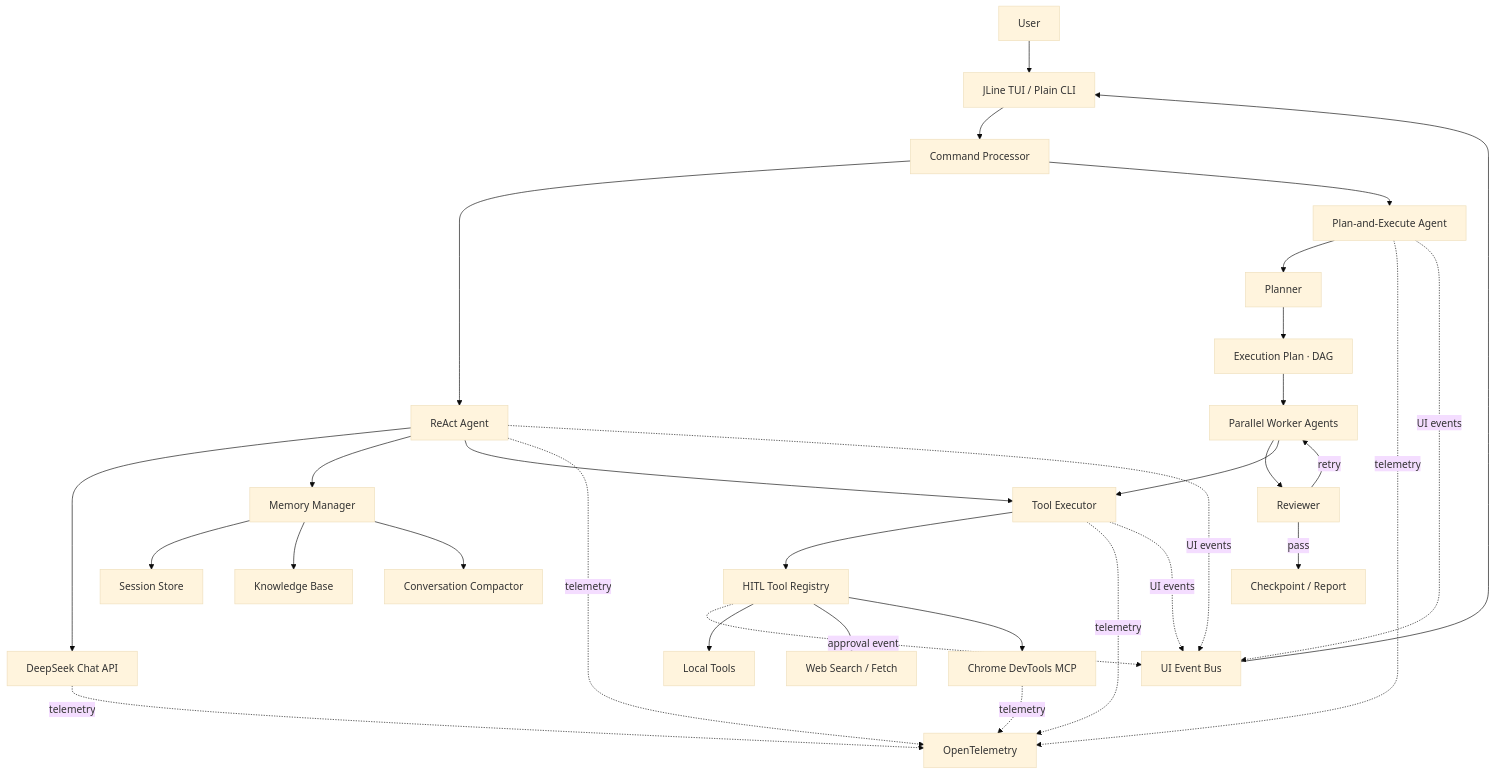
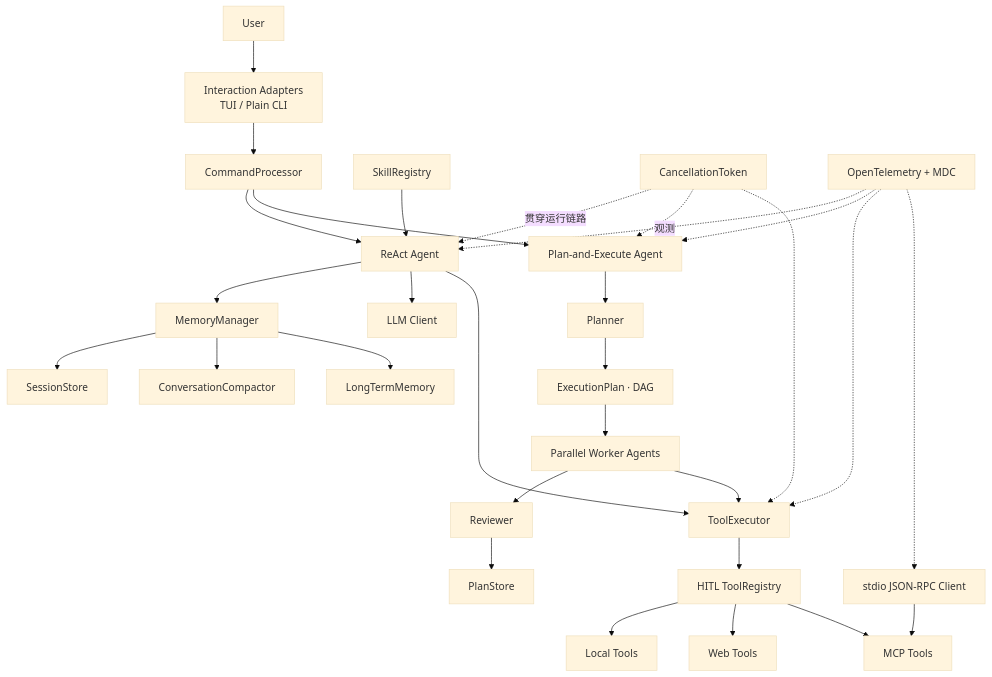
The diagram in README.md (vanishValley/Xcode), drawn with Mermaid (base theme) before and after one commit. The commit also changed other lines of this file, not shown here.

Commit message:
docs: refocus README on agent architecture

````diff
--- a/README.md
+++ b/README.md
@@ -72,40 +49,39 @@
 ```mermaid
 flowchart TB
-    U["User"] --> UI["JLine TUI / Plain CLI"]
-    BUS["UI Event Bus"] --> UI
-    UI --> CLI["Command Processor"]
+    U["User"] --> UI["Interaction Adapters<br/>TUI / Plain CLI"]
+    UI --> CMD["CommandProcessor"]
 
-    CLI --> R["ReAct Agent"]
-    CLI --> P["Plan-and-Execute Agent"]
+    CMD --> REACT["ReAct Agent"]
+    CMD --> PAE["Plan-and-Execute Agent"]
 
-    R --> LLM["DeepSeek Chat API"]
-    R --> MM["Memory Manager"]
-    R --> TE["Tool Executor"]
+    REACT --> MEM["MemoryManager"]
+    REACT --> LLM["LLM Client"]
+    REACT --> EXEC["ToolExecutor"]
 
-    P --> PL["Planner"]
-    PL --> DAG["Execution Plan · DAG"]
-    DAG --> W["Parallel Worker Agents"]
-    W --> RV["Reviewer"]
-    RV -->|"pass"| CP["Checkpoint / Report"]
-    RV -->|"retry"| W
-    W --> TE
+    PAE --> PLANNER["Planner"]
+    PLANNER --> DAG["ExecutionPlan · DAG"]
+    DAG --> WORKER["Parallel Worker Agents"]
+    WORKER --> REVIEW["Reviewer"]
+    REVIEW --> STORE["PlanStore"]
+    WORKER --> EXEC
 
-    TE --> HR["HITL Tool Registry"]
-    HR -. approval event .-> BUS
-    HR --> LT["Local Tools"]
-    HR --> WEB["Web Search / Fetch"]
-    HR --> MCP["Chrome DevTools MCP"]
+    MEM --> SESSION["SessionStore"]
+    MEM --> COMPACT["ConversationCompactor"]
+    MEM --> LTM["LongTermMemory"]
 
-    MM --> SS["Session Store"]
-    MM --> KB["Knowledge Base"]
-    MM --> CC["Conversation Compactor"]
+    EXEC --> HITL["HITL ToolRegistry"]
+    HITL --> LOCAL["Local Tools"]
+    HITL --> WEB["Web Tools"]
+    HITL --> MCP["MCP Tools"]
 
-    R -. telemetry .-> OT["OpenTelemetry"]
-    P -. telemetry .-> OT
-    TE -. telemetry .-> OT
-    LLM -. telemetry .-> OT
-    MCP -. telemetry .-> OT
-    R -. UI events .-> BUS
-    P -. UI events .-> BUS
-    TE -. UI events .-> BUS
+    SKILL["SkillRegistry"] --> REACT
+    MCPCLIENT["stdio JSON-RPC Client"] --> MCP
+
+    CANCEL["CancellationToken"] -. "贯穿运行链路" .-> REACT
+    CANCEL -.-> PAE
+    CANCEL -.-> EXEC
+    TRACE["OpenTelemetry + MDC"] -. "观测" .-> REACT
+    TRACE -.-> PAE
+    TRACE -.-> EXEC
+    TRACE -.-> MCPCLIENT
 ```
````
